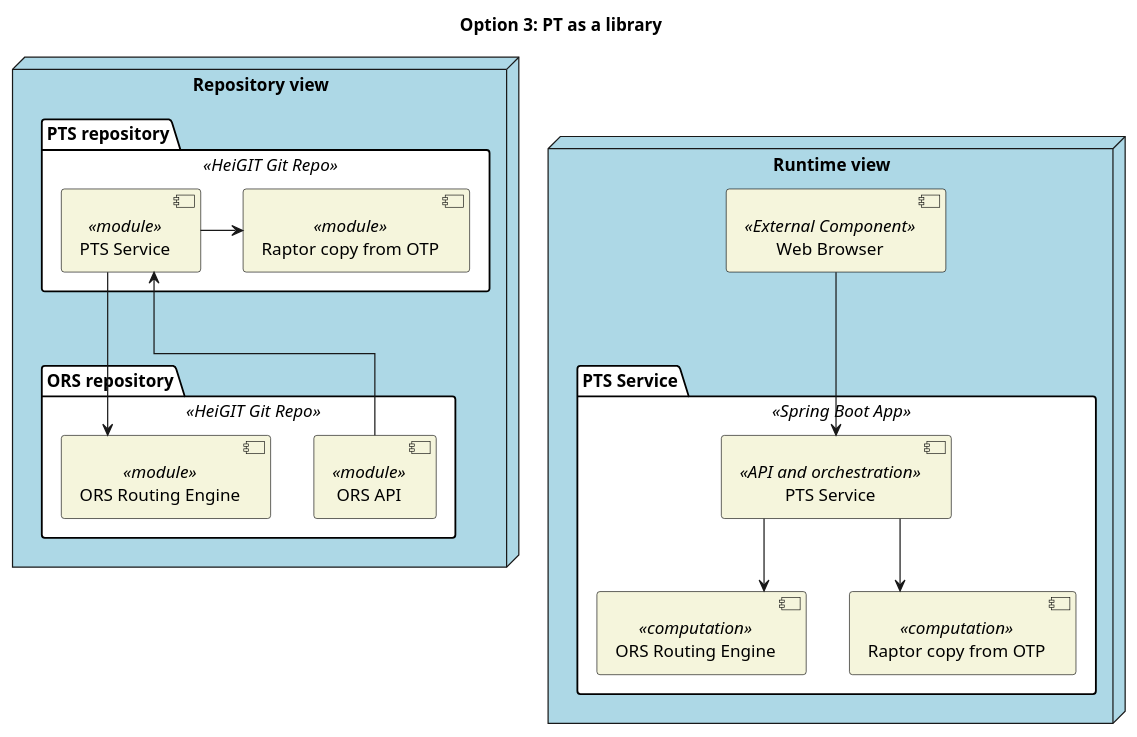
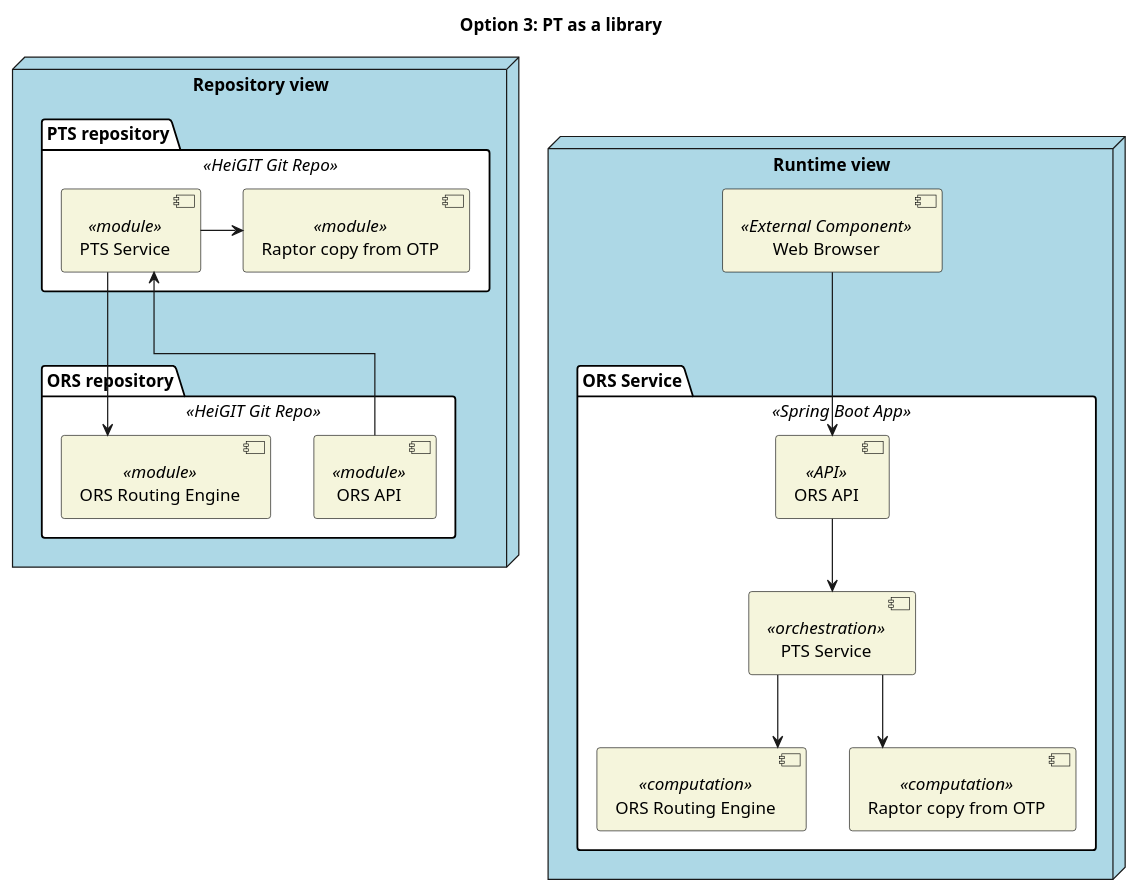
Before and after one commit to GIScience/otp-raptor-experiment: the diagram in diagrams/option_3.puml, drawn with PlantUML.

Commit message:
doc: runtime view for option 3

```diff
--- a/diagrams/option_3.puml
+++ b/diagrams/option_3.puml
@@ -1,69 +1,68 @@
 @startuml
 
 title "Option 3: PT as a library"
 
 skinparam linetype ortho
 
 
 <style>
     node {
       BackGroundColor #lightblue
     }
 
     folder {
       BackGroundColor #white
     }
 
     component {
       BackGroundColor #beige
       LineColor black
     }
 </style>
 
 
 node "Repository view"  {
 
     folder "PTS repository" <<HeiGIT Git Repo>>  {
         component "PTS Service" as pts <<module>>
         component "Raptor copy from OTP" as raptormodule <<module>>
 
         pts -> raptormodule
     }
 
     folder "ORS repository" <<HeiGIT Git Repo>>  {
         component "ORS API" as ors_api <<module>>
         component "ORS Routing Engine" as routinglib <<module>>
     }
 
     ors_api -> pts
     pts ---> routinglib
 
-'    pts ----> routinglib : Jar Dependency
-
 
 
 }
 
 
 node "Runtime view"  {
 
     component "Web Browser" <<External Component>> as browser
 
 
-    folder "PTS Service" as service <<Spring Boot App>> {
+    folder "ORS Service" as service <<Spring Boot App>> {
 
-    component "PTS Service" as api <<API and orchestration>>
-    component "ORS Routing Engine" as routing <<computation>>
-    component "Raptor copy from OTP" as raptor <<computation>>
+        component "ORS API" as api <<API>>
+        component "ORS Routing Engine" as routing <<computation>>
+        component "Raptor copy from OTP" as raptor <<computation>>
+        component "PTS Service" as pts_service <<orchestration>>
 
-    api --> raptor
-    api --> routing
-
+        api --> pts_service
+        pts_service --> routing
+        pts_service --> raptor
     }
 
     browser ---> api
 
 }
 
 
 @enduml
```
